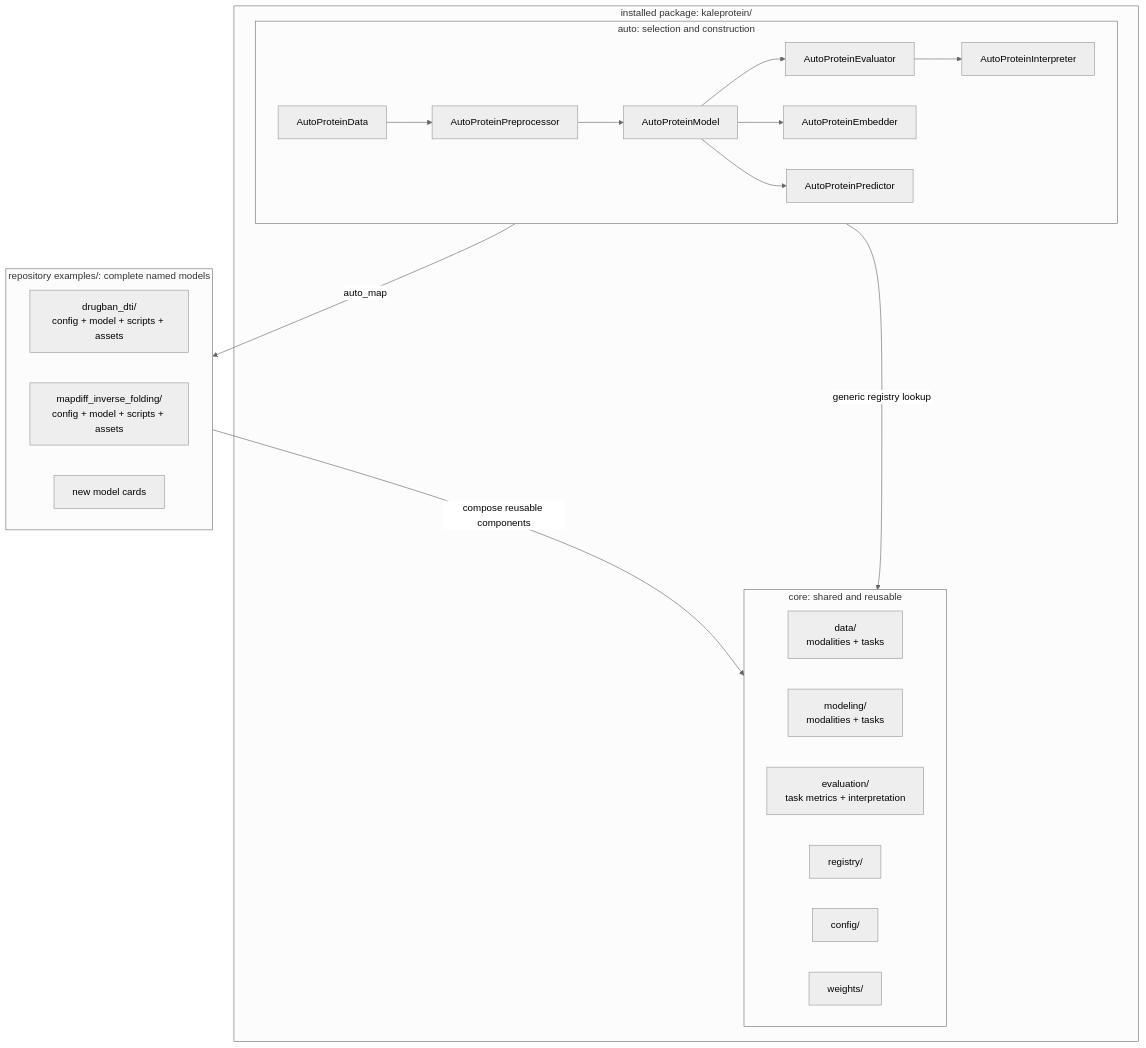
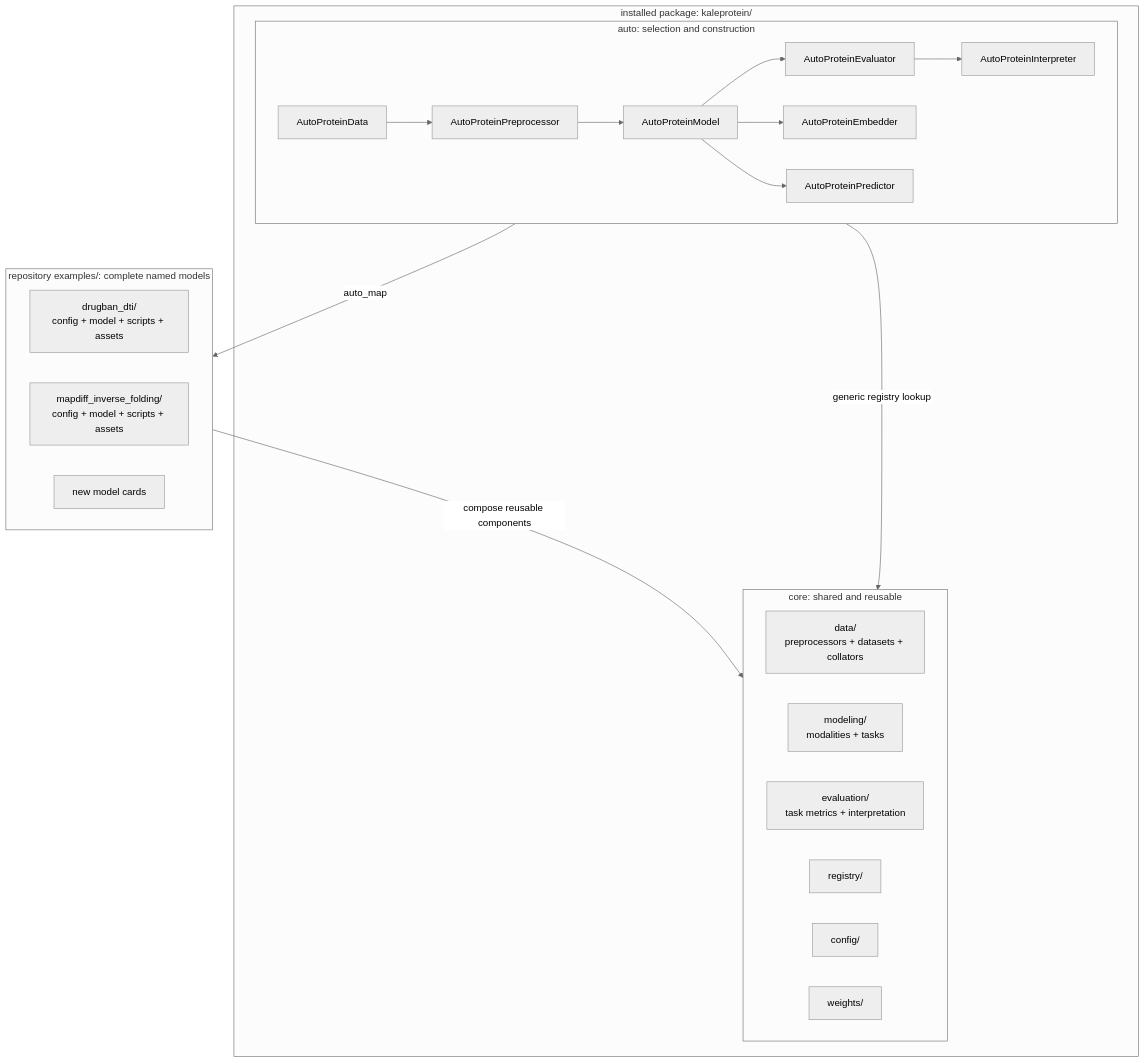
Before and after one commit to pykale/protein: the first of 3 diagrams in docs/architecture.md, drawn with Mermaid (neutral theme). The commit also changed other lines of this file and 32 other files, not shown here.

Commit message:
Organize core data by responsibility

````diff
--- a/docs/architecture.md
+++ b/docs/architecture.md
@@ -17,39 +17,39 @@
 ```mermaid
 flowchart TB
     subgraph PACKAGE["installed package: kaleprotein/"]
       subgraph CORE["core: shared and reusable"]
         direction LR
-        CORE_DATA["data/<br/>modalities + tasks"]
+        CORE_DATA["data/<br/>preprocessors + datasets + collators"]
         CORE_MODELING["modeling/<br/>modalities + tasks"]
         CORE_EVAL["evaluation/<br/>task metrics + interpretation"]
         REGISTRY["registry/"]
         CONFIG["config/"]
         WEIGHTS["weights/"]
       end
 
       subgraph AUTO["auto: selection and construction"]
         direction LR
         DATA["AutoProteinData"]
         PREP["AutoProteinPreprocessor"]
         MODEL["AutoProteinModel"]
         EMBED["AutoProteinEmbedder"]
         PREDICT["AutoProteinPredictor"]
         EVAL["AutoProteinEvaluator"]
         INTERP["AutoProteinInterpreter"]
         DATA --> PREP --> MODEL --> EVAL --> INTERP
         MODEL --> EMBED
         MODEL --> PREDICT
       end
     end
 
     subgraph EXAMPLES["repository examples/: complete named models"]
         direction LR
         DRUGBAN["drugban_dti/<br/>config + model + scripts + assets"]
         MAPDIFF["mapdiff_inverse_folding/<br/>config + model + scripts + assets"]
         MORE["new model cards"]
     end
 
     AUTO -->|"generic registry lookup"| CORE
     MODEL -->|"auto_map"| EXAMPLES
     EXAMPLES -->|"compose reusable components"| CORE
 ```
````
